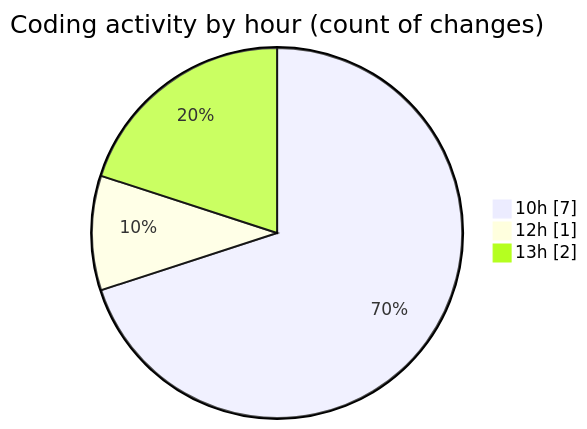
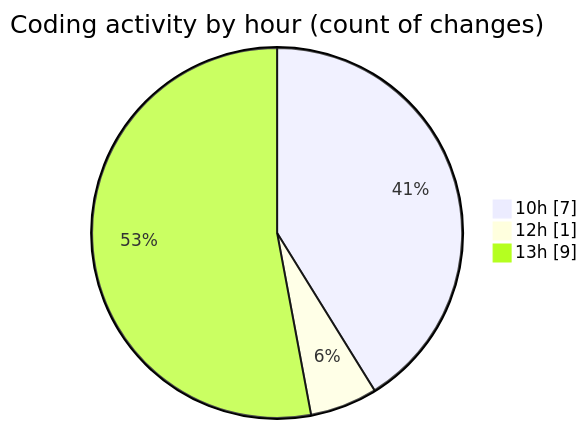
One commit to LanceThiago/code-tracking changed the second of 2 diagrams in 2025-01-14/oficina/README.md. Above: the diagram before and after it, drawn with Mermaid. The commit also changed other lines of this file and 1 other file, not shown here.

````diff
--- a/2025-01-14/oficina/README.md
+++ b/2025-01-14/oficina/README.md
@@ -30,7 +31,7 @@
 ```mermaid
 pie showData
 title Coding activity by hour (count of changes)
 "10h" : 7
 "12h" : 1
-"13h" : 2
+"13h" : 9
 ```
````
